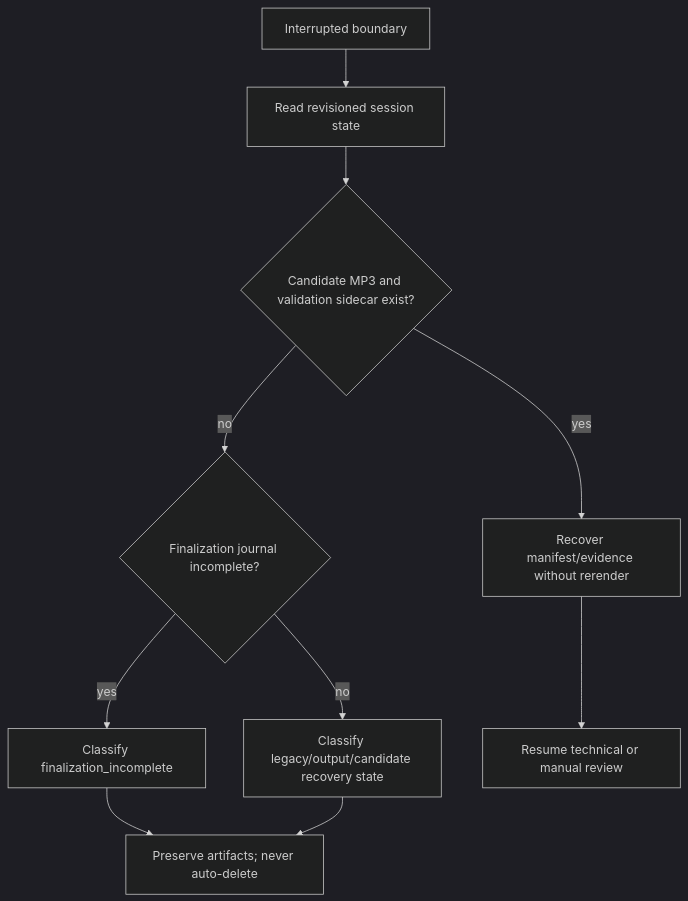
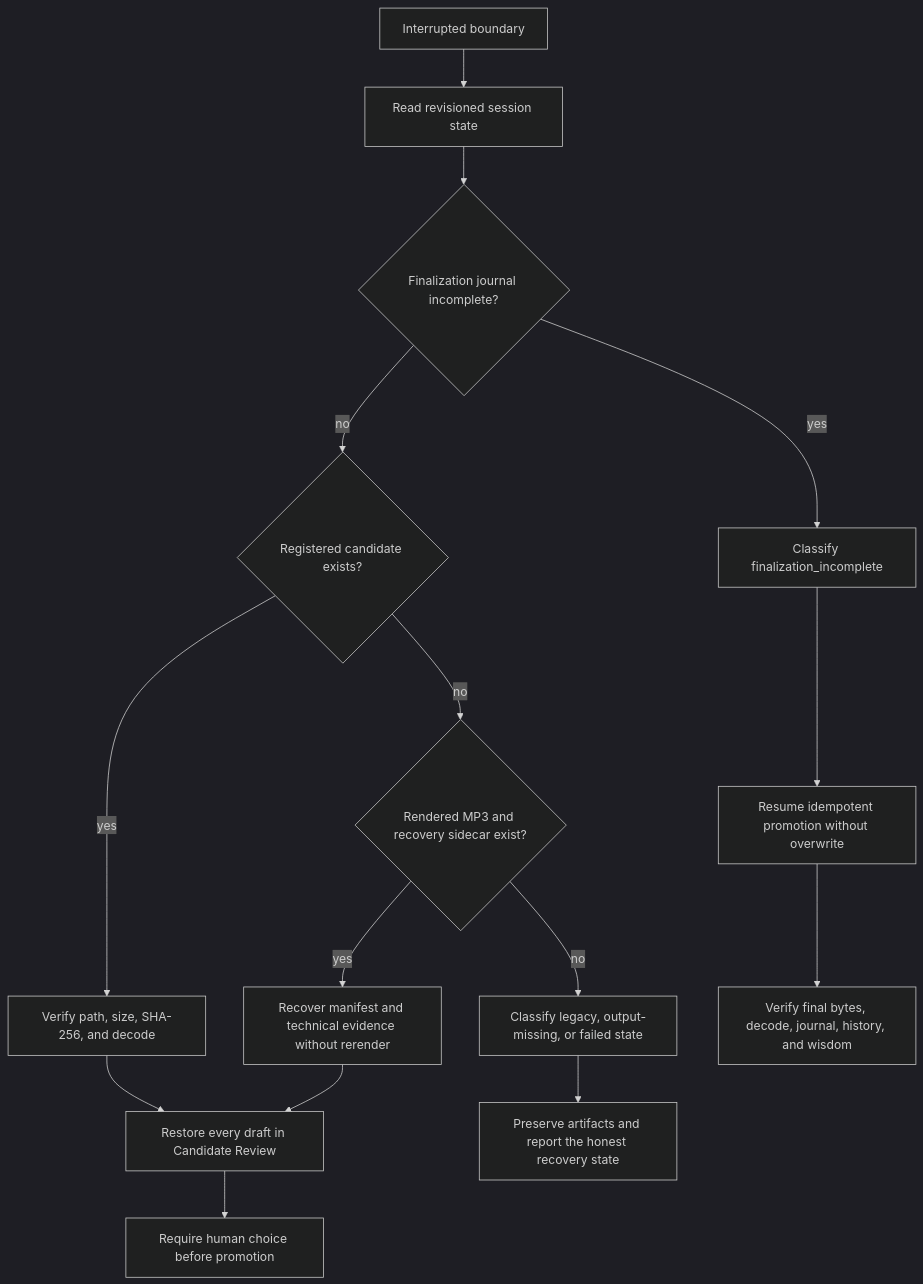
The diagram in docs/architecture/diagrams/recovery-and-failures.mmd (aiandbotsgalore/ai-medley), drawn with Mermaid (dark theme) before and after one commit. The commit also changed 39 other files, not shown here.

```diff
--- a/docs/architecture/diagrams/recovery-and-failures.mmd
+++ b/docs/architecture/diagrams/recovery-and-failures.mmd
@@ -1,10 +1,15 @@
 flowchart TD
   Interrupted[Interrupted boundary] --> State[Read revisioned session state]
-  State --> Candidate{Candidate MP3 and validation sidecar exist?}
-  Candidate -->|yes| RecoverCandidate[Recover manifest/evidence without rerender]
-  Candidate -->|no| Finalization{Finalization journal incomplete?}
+  State --> Finalization{Finalization journal incomplete?}
   Finalization -->|yes| Reconcile[Classify finalization_incomplete]
-  Finalization -->|no| Legacy[Classify legacy/output/candidate recovery state]
-  RecoverCandidate --> Review[Resume technical or manual review]
-  Reconcile --> Preserve[Preserve artifacts; never auto-delete]
-  Legacy --> Preserve
+  Finalization -->|no| Candidate{Registered candidate exists?}
+  Candidate -->|yes| Verify[Verify path, size, SHA-256, and decode]
+  Candidate -->|no| Sidecar{Rendered MP3 and recovery sidecar exist?}
+  Sidecar -->|yes| RecoverCandidate[Recover manifest and technical evidence without rerender]
+  Sidecar -->|no| Legacy[Classify legacy, output-missing, or failed state]
+  Verify --> Review[Restore every draft in Candidate Review]
+  RecoverCandidate --> Review
+  Review --> Human[Require human choice before promotion]
+  Reconcile --> ResumeFinal[Resume idempotent promotion without overwrite]
+  ResumeFinal --> VerifyFinal[Verify final bytes, decode, journal, history, and wisdom]
+  Legacy --> Preserve[Preserve artifacts and report the honest recovery state]
```
